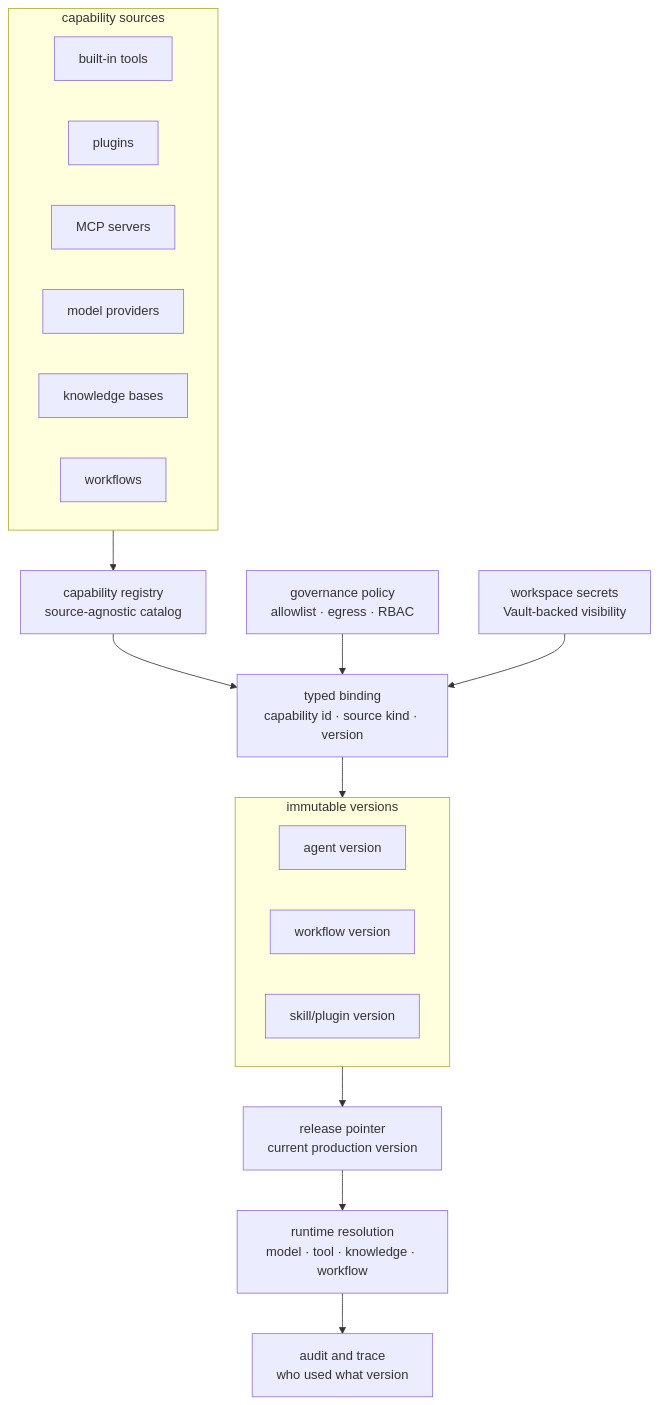
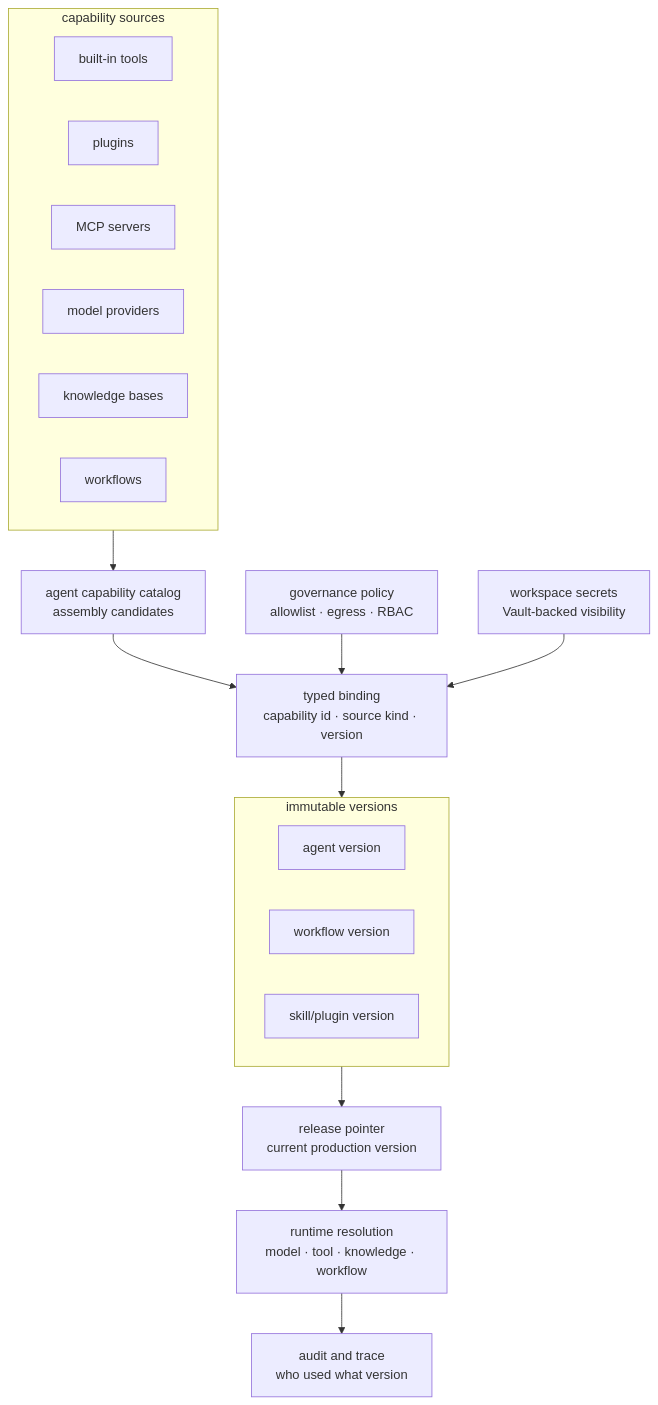
Before and after one commit to soit-ai/soit: the seventh of 7 diagrams in docs/PLATFORM_ARCHITECTURE.md, drawn with Mermaid. The commit also changed other lines of this file and 352 other files, not shown here.

````diff
--- a/docs/PLATFORM_ARCHITECTURE.md
+++ b/docs/PLATFORM_ARCHITECTURE.md
@@ -287,35 +286,35 @@
 ```mermaid
 flowchart TB
   subgraph Sources["capability sources"]
     Builtin["built-in tools"]
     Plugins["plugins"]
     MCP["MCP servers"]
     Models["model providers"]
     KnowledgeBase["knowledge bases"]
     Workflows["workflows"]
   end
 
-  Registry["capability registry<br/>source-agnostic catalog"]
+  AgentCatalog["agent capability catalog<br/>assembly candidates"]
   Binding["typed binding<br/>capability id · source kind · version"]
   Policy["governance policy<br/>allowlist · egress · RBAC"]
   Secrets["workspace secrets<br/>Vault-backed visibility"]
 
   subgraph Versions["immutable versions"]
     AgentVersion["agent version"]
     WorkflowVersion["workflow version"]
     SkillVersion["skill/plugin version"]
   end
 
   Release["release pointer<br/>current production version"]
   RuntimeUse["runtime resolution<br/>model · tool · knowledge · workflow"]
   Audit["audit and trace<br/>who used what version"]
 
-  Sources --> Registry
-  Registry --> Binding
+  Sources --> AgentCatalog
+  AgentCatalog --> Binding
   Binding --> Versions
   Policy --> Binding
   Secrets --> Binding
   Versions --> Release
   Release --> RuntimeUse
   RuntimeUse --> Audit
 ```
````
